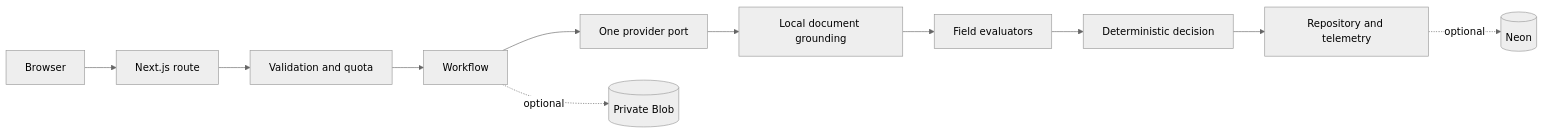
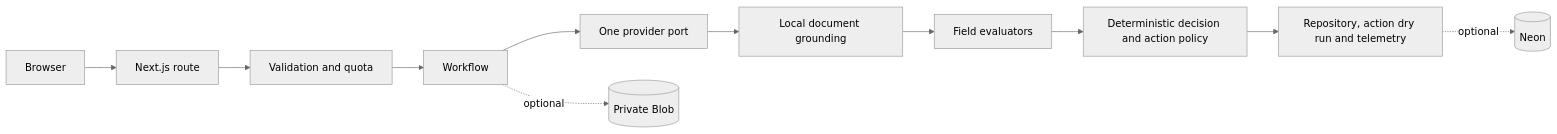
Before and after one commit to nicodelasc/document-intelligence-assurance-hub: the diagram in README.md, drawn with Mermaid (neutral theme). The commit also changed other lines of this file and 14 other files, not shown here.

````diff
--- a/README.md
+++ b/README.md
@@ -21,13 +32,13 @@
 ```mermaid
 flowchart LR
   Browser --> Route[Next.js route]
   Route --> Gate[Validation and quota]
   Gate --> Workflow
   Workflow --> Provider[One provider port]
   Provider --> Grounding[Local document grounding]
   Grounding --> Evaluators[Field evaluators]
-  Evaluators --> Decision[Deterministic decision]
-  Decision --> Repository[Repository and telemetry]
+  Evaluators --> Decision[Deterministic decision and action policy]
+  Decision --> Repository[Repository, action dry run and telemetry]
   Repository -. optional .-> Neon[(Neon)]
   Workflow -. optional .-> Blob[(Private Blob)]
 ```
````
